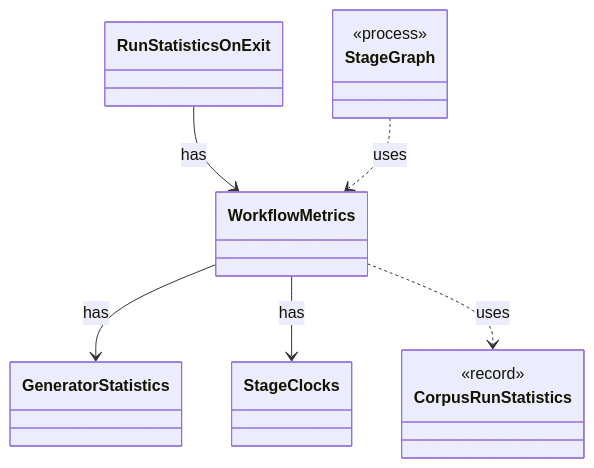
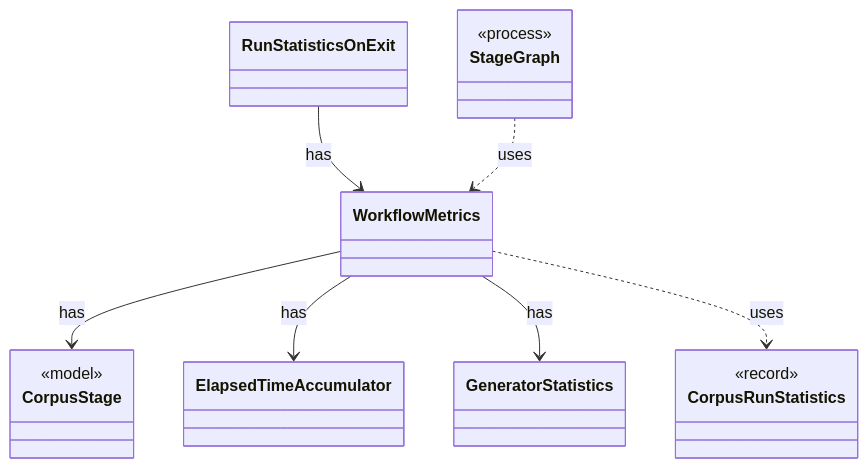
Before and after one commit to tlaplus/model-checker-hardening: the diagram in dev/types/io.github.tlaplus.hardening.workflow.execution.WorkflowMetrics.md, drawn with Mermaid. The commit also changed other lines of this file and 408 other files, not shown here.

````diff
--- a/dev/types/io.github.tlaplus.hardening.workflow.execution.WorkflowMetrics.md
+++ b/dev/types/io.github.tlaplus.hardening.workflow.execution.WorkflowMetrics.md
@@ -7,18 +7,22 @@
 ```mermaid
 classDiagram
   class WorkflowMetrics
+  class CorpusStage {
+    <<model>>
+  }
+  class ElapsedTimeAccumulator
   class GeneratorStatistics
-  class StageClocks
   class RunStatisticsOnExit
   class CorpusRunStatistics {
     <<record>>
   }
   class StageGraph {
     <<process>>
   }
+  WorkflowMetrics --> CorpusStage : has
+  WorkflowMetrics --> ElapsedTimeAccumulator : has
   WorkflowMetrics --> GeneratorStatistics : has
-  WorkflowMetrics --> StageClocks : has
   RunStatisticsOnExit --> WorkflowMetrics : has
   WorkflowMetrics ..> CorpusRunStatistics : uses
   StageGraph ..> WorkflowMetrics : uses
 ```
````
